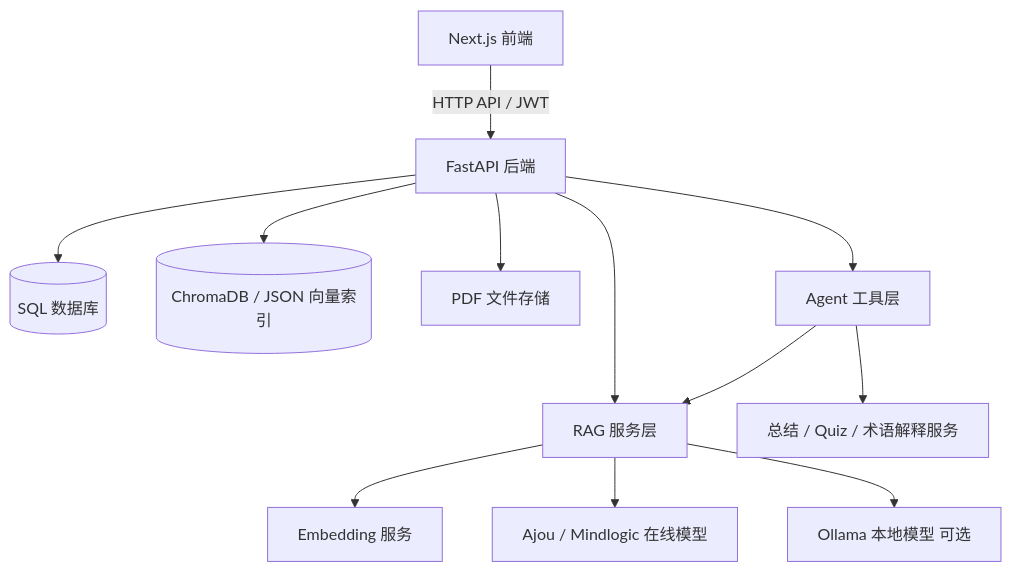
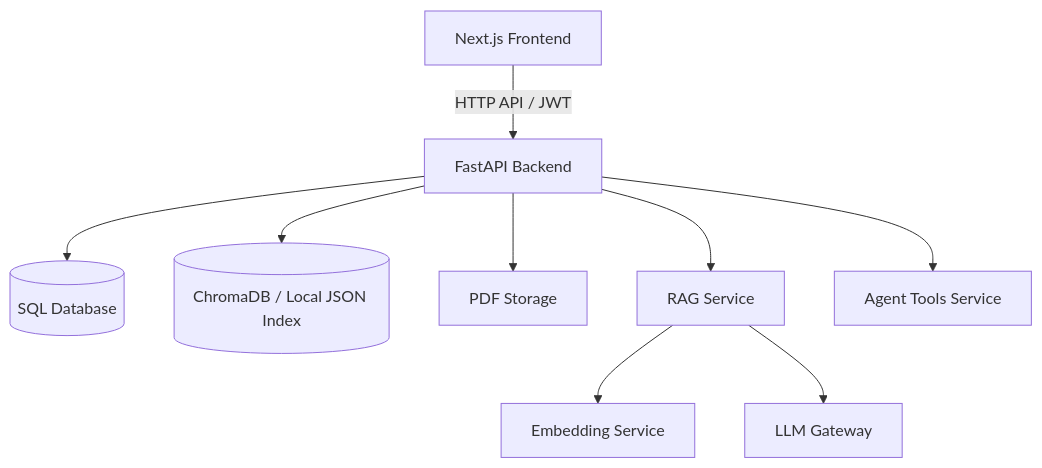
One commit to lc114548274-pixel/campusmind-ai-study-assistant changed the diagram in README.md. Above: the diagram before and after it, drawn with Mermaid. The commit also changed other lines of this file, not shown here.

````diff
--- a/README.md
+++ b/README.md
@@ -56,14 +64,11 @@
 ```mermaid
 flowchart TD
-  A["Next.js 前端"] -->|"HTTP API / JWT"| B["FastAPI 后端"]
-  B --> C[("SQL 数据库")]
-  B --> D[("ChromaDB / JSON 向量索引")]
-  B --> E["PDF 文件存储"]
-  B --> F["RAG 服务层"]
-  B --> J["Agent 工具层"]
-  J --> F
-  J --> K["总结 / Quiz / 术语解释服务"]
-  F --> G["Embedding 服务"]
-  F --> H["Ajou / Mindlogic 在线模型"]
-  F --> I["Ollama 本地模型 可选"]
+  A["Next.js Frontend"] -->|"HTTP API / JWT"| B["FastAPI Backend"]
+  B --> C[("SQL Database")]
+  B --> D[("ChromaDB / Local JSON Index")]
+  B --> E["PDF Storage"]
+  B --> F["RAG Service"]
+  B --> G["Agent Tools Service"]
+  F --> H["Embedding Service"]
+  F --> I["LLM Gateway"]
 ```
````
